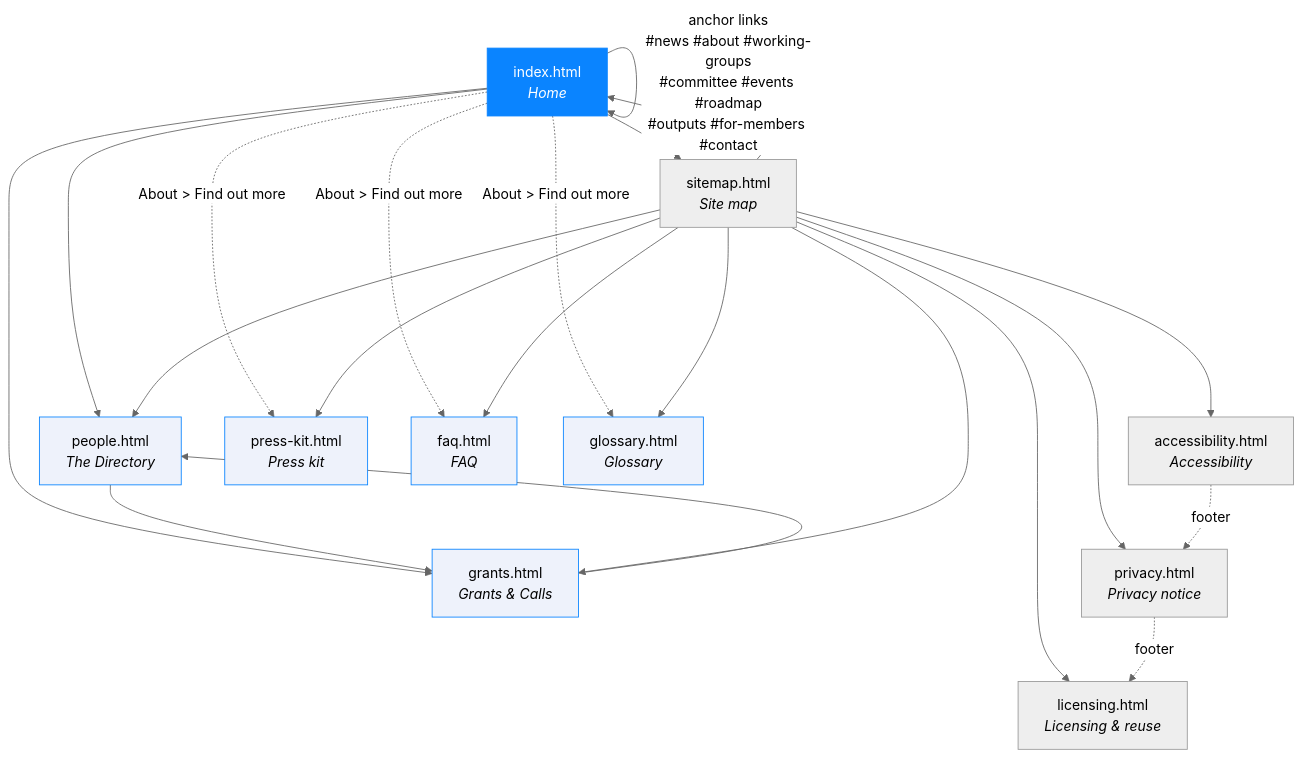
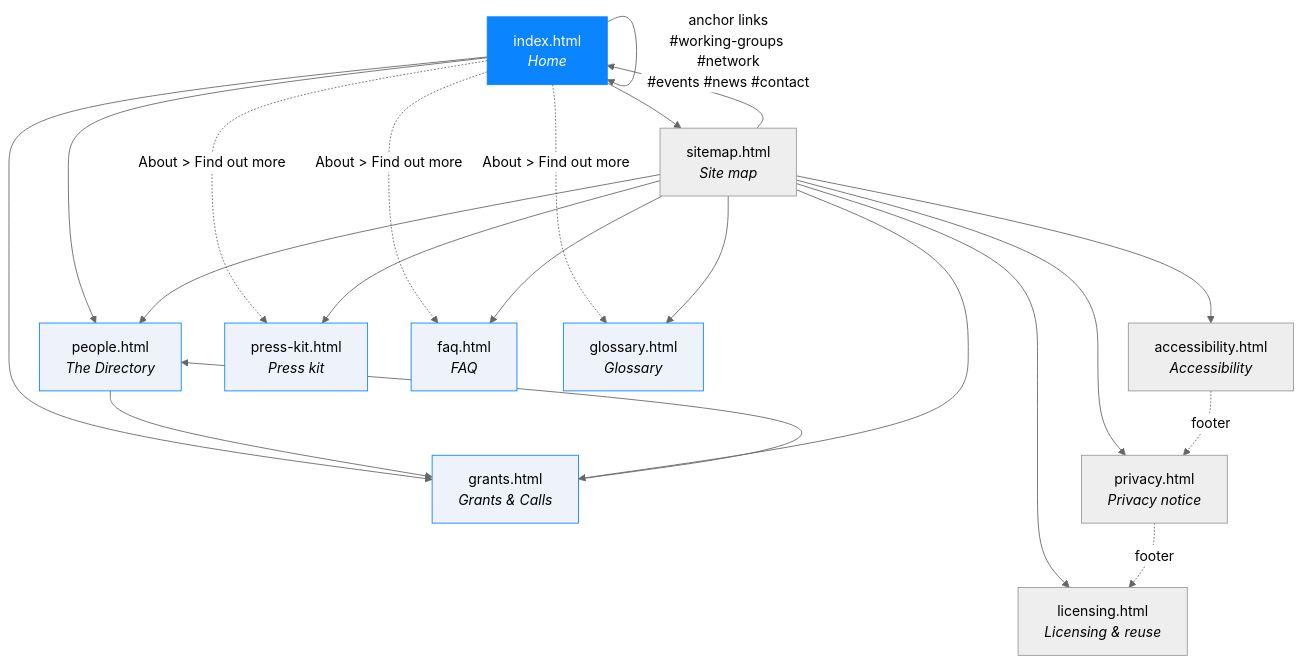
One commit to EISSeuropa/netsec.github.io changed the second of 6 diagrams in docs/architecture.md. Above: the diagram before and after it, drawn with Mermaid (neutral theme). The commit also changed other lines of this file and 16 other files, not shown here.

````diff
--- a/docs/architecture.md
+++ b/docs/architecture.md
@@ -53,41 +53,41 @@
 ```mermaid
 flowchart TD
     H["index.html<br/><i>Home</i>"]
     P["people.html<br/><i>The Directory</i>"]
     G["grants.html<br/><i>Grants &amp; Calls</i>"]
     S["sitemap.html<br/><i>Site map</i>"]
     A["accessibility.html<br/><i>Accessibility</i>"]
     R["privacy.html<br/><i>Privacy notice</i>"]
     L["licensing.html<br/><i>Licensing &amp; reuse</i>"]
     K["press-kit.html<br/><i>Press kit</i>"]
     F["faq.html<br/><i>FAQ</i>"]
     X["glossary.html<br/><i>Glossary</i>"]
 
-    H -- "anchor links<br/>#news #about #working-groups<br/>#committee #events #roadmap<br/>#outputs #for-members #contact" --> H
+    H -- "anchor links<br/>#working-groups #network<br/>#events #news #contact" --> H
     H --> P
     H --> G
     H -. "About &gt; Find out more" .-> F
     H -. "About &gt; Find out more" .-> X
     H -. "About &gt; Find out more" .-> K
     H --> S
     P --> G
     G --> P
     S --> H
     S --> P
     S --> G
     S --> F
     S --> X
     S --> K
     S --> A
     S --> R
     S --> L
     A -.->|footer| R
     R -.->|footer| L
 
     style H fill:#0a84ff,stroke:#0a84ff,color:#fff
     style P fill:#eef2fb,stroke:#0a84ff
     style G fill:#eef2fb,stroke:#0a84ff
     style F fill:#eef2fb,stroke:#0a84ff
     style X fill:#eef2fb,stroke:#0a84ff
     style K fill:#eef2fb,stroke:#0a84ff
 ```
````
